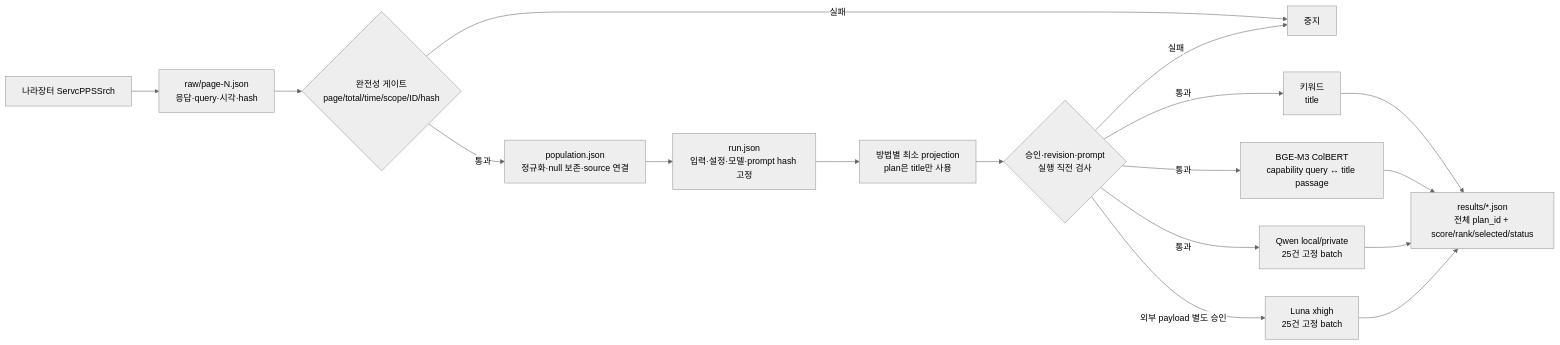
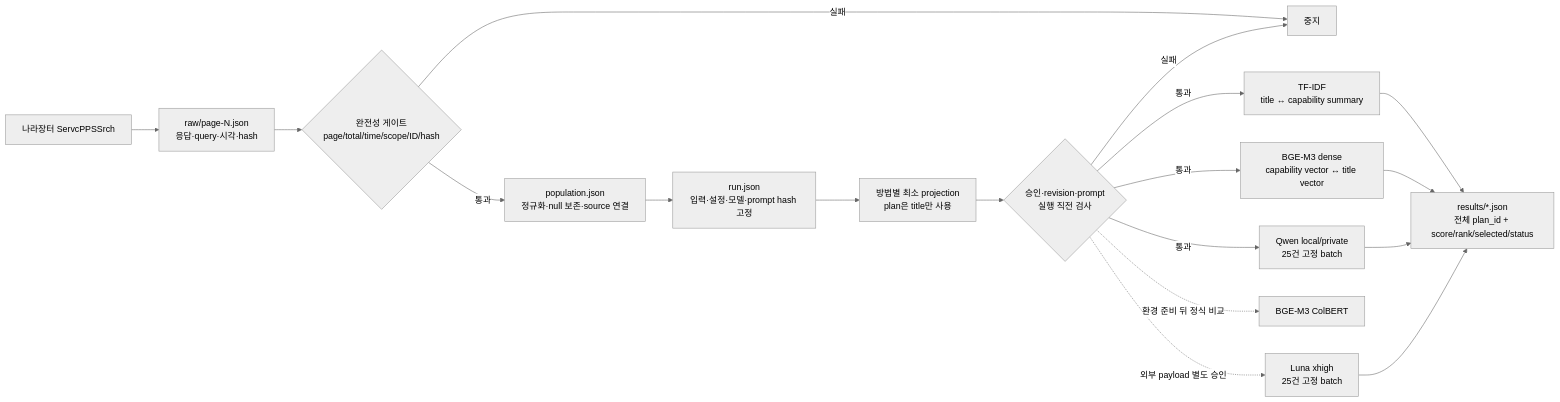
The diagram in experiments/order-plan-screening/README.md (jechoiyyy/bidops), drawn with Mermaid (neutral theme) before and after one commit. The commit also changed other lines of this file and 375 other files, not shown here.

````diff
--- a/experiments/order-plan-screening/README.md
+++ b/experiments/order-plan-screening/README.md
@@ -42,19 +46,20 @@
 ```mermaid
 flowchart LR
     A[나라장터 ServcPPSSrch] --> B[raw/page-N.json<br/>응답·query·시각·hash]
     B --> C{완전성 게이트<br/>page/total/time/scope/ID/hash}
     C -->|통과| D[population.json<br/>정규화·null 보존·source 연결]
     C -->|실패| X[중지]
     D --> E[run.json<br/>입력·설정·모델·prompt hash 고정]
     E --> P[방법별 최소 projection<br/>plan은 title만 사용]
     P --> F{승인·revision·prompt<br/>실행 직전 검사}
-    F -->|통과| G[키워드<br/>title]
-    F -->|통과| H[BGE-M3 ColBERT<br/>capability query ↔ title passage]
+    F -->|통과| G[TF-IDF<br/>title ↔ capability summary]
+    F -->|통과| H[BGE-M3 dense<br/>capability vector ↔ title vector]
     F -->|통과| I[Qwen local/private<br/>25건 고정 batch]
-    F -->|외부 payload 별도 승인| J[Luna xhigh<br/>25건 고정 batch]
+    F -. 환경 준비 뒤 정식 비교 .-> C1[BGE-M3 ColBERT]
+    F -. 외부 payload 별도 승인 .-> J[Luna xhigh<br/>25건 고정 batch]
     F -->|실패| X
     G --> K[results/*.json<br/>전체 plan_id + score/rank/selected/status]
     H --> K
     I --> K
     J --> K
 ```
````
